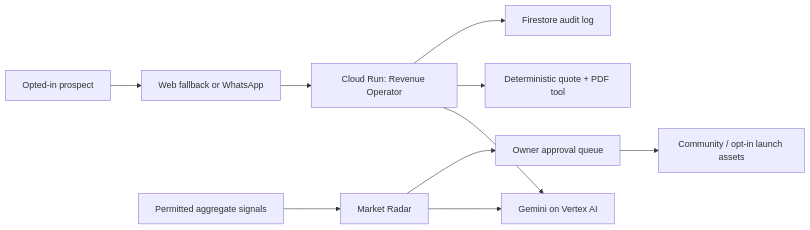
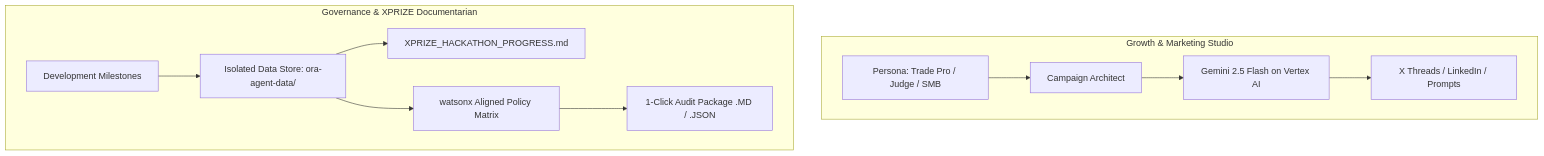
One commit to jilldotai/AuraBooster_MCP changed the diagram in README.md. Above: the diagram before and after it, drawn with Mermaid. The commit also changed other lines of this file and 23 other files, not shown here.

Commit message:
feat: streamline standalone Ora marketing & XPRIZE governance agent

````diff
--- a/README.md
+++ b/README.md
@@ -45,12 +48,15 @@
 ```mermaid
-flowchart LR
-  P[Opted-in prospect] --> W[Web fallback or WhatsApp]
-  W --> R[Cloud Run: Revenue Operator]
-  R --> G[Gemini on Vertex AI]
-  R --> Q[Deterministic quote + PDF tool]
-  R --> A[Firestore audit log]
-  M[Permitted aggregate signals] --> MR[Market Radar]
-  MR --> G
-  MR --> AQ[Owner approval queue]
-  AQ --> C[Community / opt-in launch assets]
+flowchart TD
+    subgraph Growth & Marketing Studio
+        P[Persona: Trade Pro / Judge / SMB] --> M[Campaign Architect]
+        M --> G[Gemini 2.5 Flash on Vertex AI]
+        G --> Out[X Threads / LinkedIn / Prompts]
+    end
+
+    subgraph Governance & XPRIZE Documentarian
+        Dev[Development Milestones] --> Log[Isolated Data Store: ora-agent-data/]
+        Log --> Doc[XPRIZE_HACKATHON_PROGRESS.md]
+        Log --> Gov[watsonx Aligned Policy Matrix]
+        Gov --> Report[1-Click Audit Package .MD / .JSON]
+    end
 ```
````
